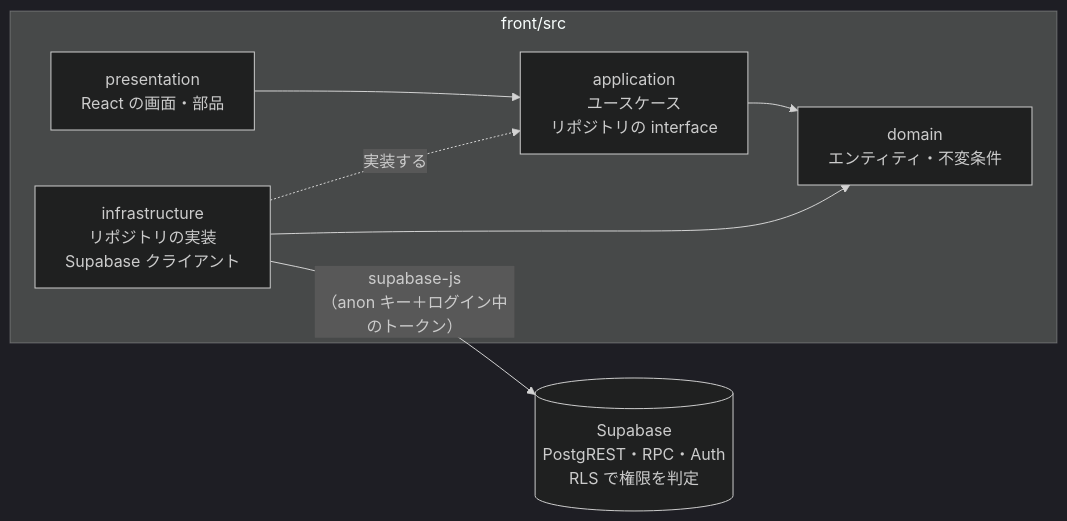
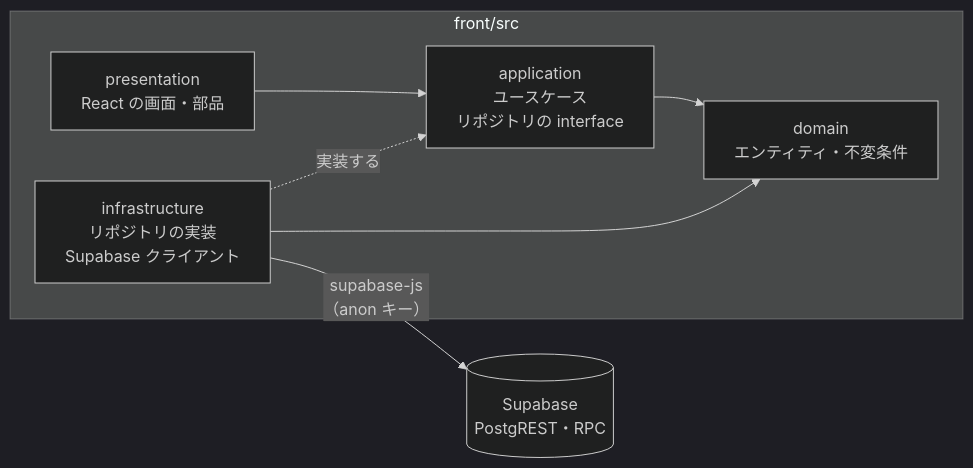
The diagram in docs/api.md (haana12332/FinalProject), drawn with Mermaid (dark theme) before and after one commit. The commit also changed other lines of this file and 1 other file, not shown here.

First line of the commit message:
docs: セキュリティ（ログイン・RLS）を扱わない設計に変更

````diff
--- a/docs/api.md
+++ b/docs/api.md
@@ -23,10 +24,10 @@
 ```mermaid
 flowchart LR
     subgraph front["front/src"]
         P["presentation<br/>React の画面・部品"] --> A["application<br/>ユースケース<br/>リポジトリの interface"]
         A --> D["domain<br/>エンティティ・不変条件"]
         I["infrastructure<br/>リポジトリの実装<br/>Supabase クライアント"] -.実装する.-> A
         I --> D
     end
-    I -->|"supabase-js<br/>（anon キー＋ログイン中のトークン）"| S[("Supabase<br/>PostgREST・RPC・Auth<br/>RLS で権限を判定")]
+    I -->|"supabase-js<br/>（anon キー）"| S[("Supabase<br/>PostgREST・RPC")]
 ```
````
